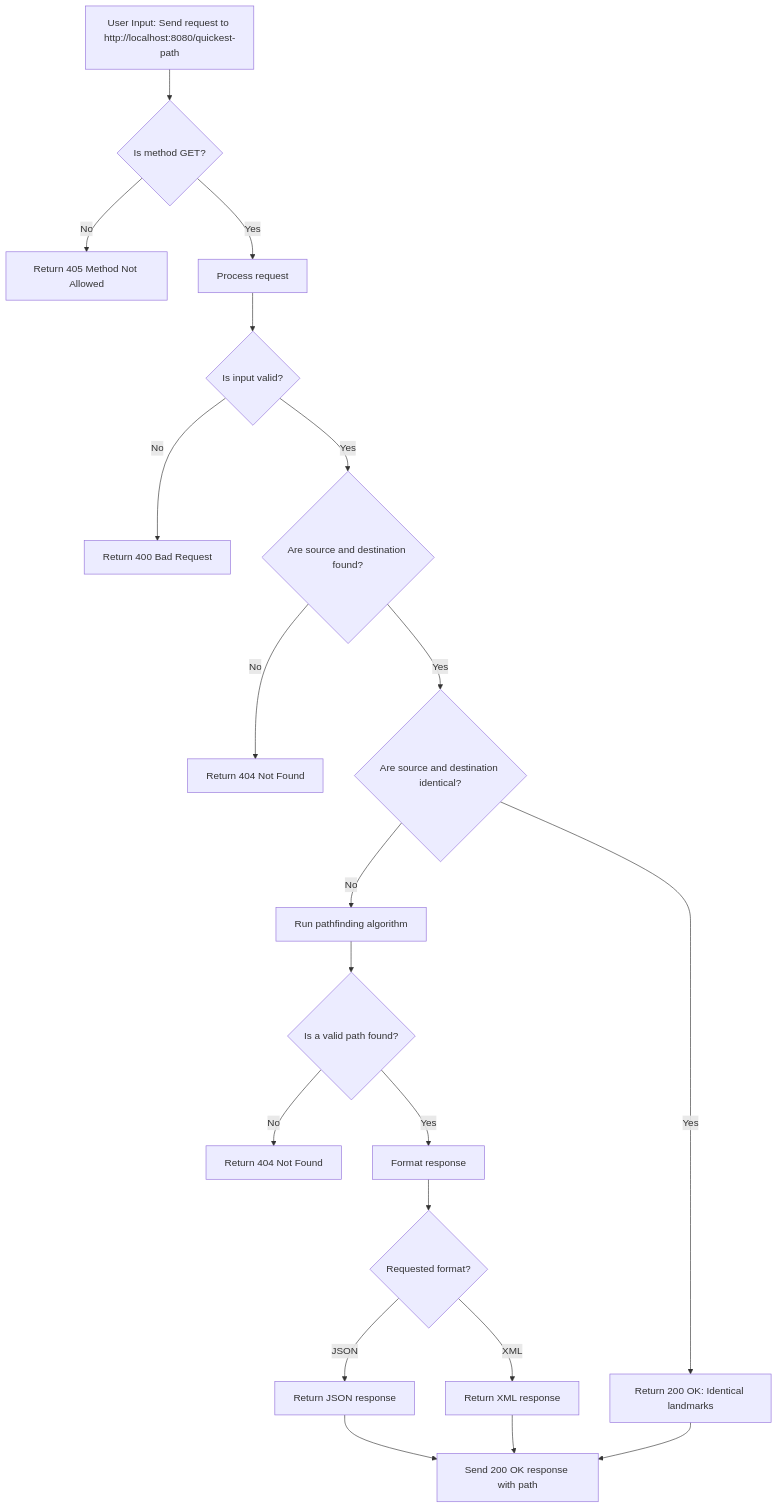
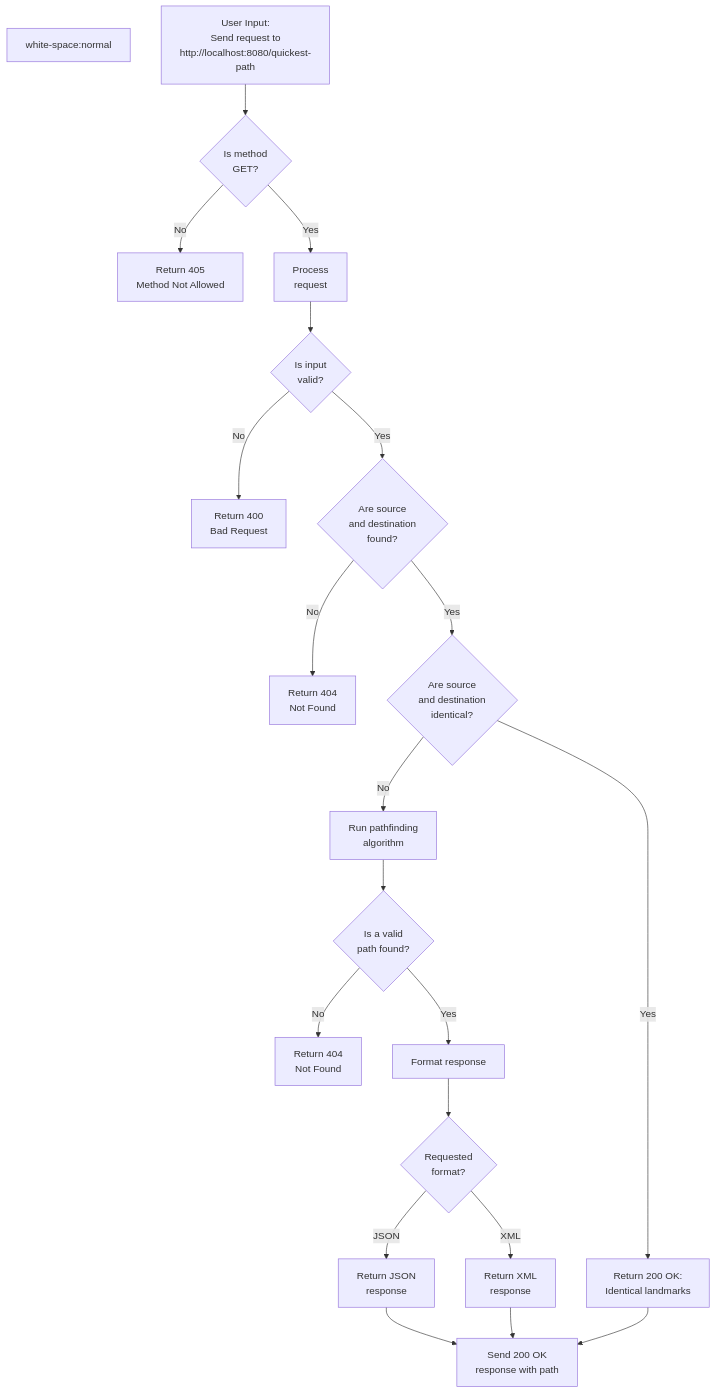
One commit to algosup/2024-2025-project-3-quickest-path-team-7 changed the diagram in Document/Functional/FunctionalSpecifications.md. Above: the diagram before and after it, drawn with Mermaid.

Commit message:
[Program Manager] Fix graph rendering

````diff
--- a/Document/Functional/FunctionalSpecifications.md
+++ b/Document/Functional/FunctionalSpecifications.md
@@ -757,23 +757,25 @@
 ```mermaid
 graph TD
-  A["User Input: Send request to http://localhost:8080/quickest-path"]
-  A --> B{"Is method GET?"}
-  B -->|"No"| C["Return 405 Method Not Allowed"]
-  B -->|"Yes"| D["Process request"]
-  D --> E{"Is input valid?"}
-  E -->|"No"| F["Return 400 Bad Request"]
-  E -->|"Yes"| G{"Are source and destination found?"}
-  G -->|"No"| H["Return 404 Not Found"]
-  G -->|"Yes"| I{"Are source and destination identical?"}
-  I -->|"Yes"| J["Return 200 OK: Identical landmarks"]
-  I -->|"No"| K["Run pathfinding algorithm"]
-  K --> L{"Is a valid path found?"}
-  L -->|"No"| M["Return 404 Not Found"]
-  L -->|"Yes"| N["Format response"]
-  N --> O{"Requested format?"}
-  O -->|"JSON"| P["Return JSON response"]
-  O -->|"XML"| Q["Return XML response"]
-  P --> R["Send 200 OK response with path"]
+  classDef wrapClass text-align:center;white-space:normal;
+
+  A["User Input:<br>Send request to<br>http://localhost:8080/quickest-path"]:::wrapClass
+  A --> B{"Is method<br>GET?"}:::wrapClass
+  B -->|"No"| C["Return 405<br>Method Not Allowed"]:::wrapClass
+  B -->|"Yes"| D["Process<br>request"]:::wrapClass
+  D --> E{"Is input<br>valid?"}:::wrapClass
+  E -->|"No"| F["Return 400<br>Bad Request"]:::wrapClass
+  E -->|"Yes"| G{"Are source<br>and destination<br>found?"}:::wrapClass
+  G -->|"No"| H["Return 404<br>Not Found"]:::wrapClass
+  G -->|"Yes"| I{"Are source<br>and destination<br>identical?"}:::wrapClass
+  I -->|"Yes"| J["Return 200 OK:<br>Identical landmarks"]:::wrapClass
+  I -->|"No"| K["Run pathfinding<br>algorithm"]:::wrapClass
+  K --> L{"Is a valid<br>path found?"}:::wrapClass
+  L -->|"No"| M["Return 404<br>Not Found"]:::wrapClass
+  L -->|"Yes"| N["Format response"]:::wrapClass
+  N --> O{"Requested<br>format?"}:::wrapClass
+  O -->|"JSON"| P["Return JSON<br>response"]:::wrapClass
+  O -->|"XML"| Q["Return XML<br>response"]:::wrapClass
+  P --> R["Send 200 OK<br>response with path"]:::wrapClass
   Q --> R
   J --> R
 ```
````
